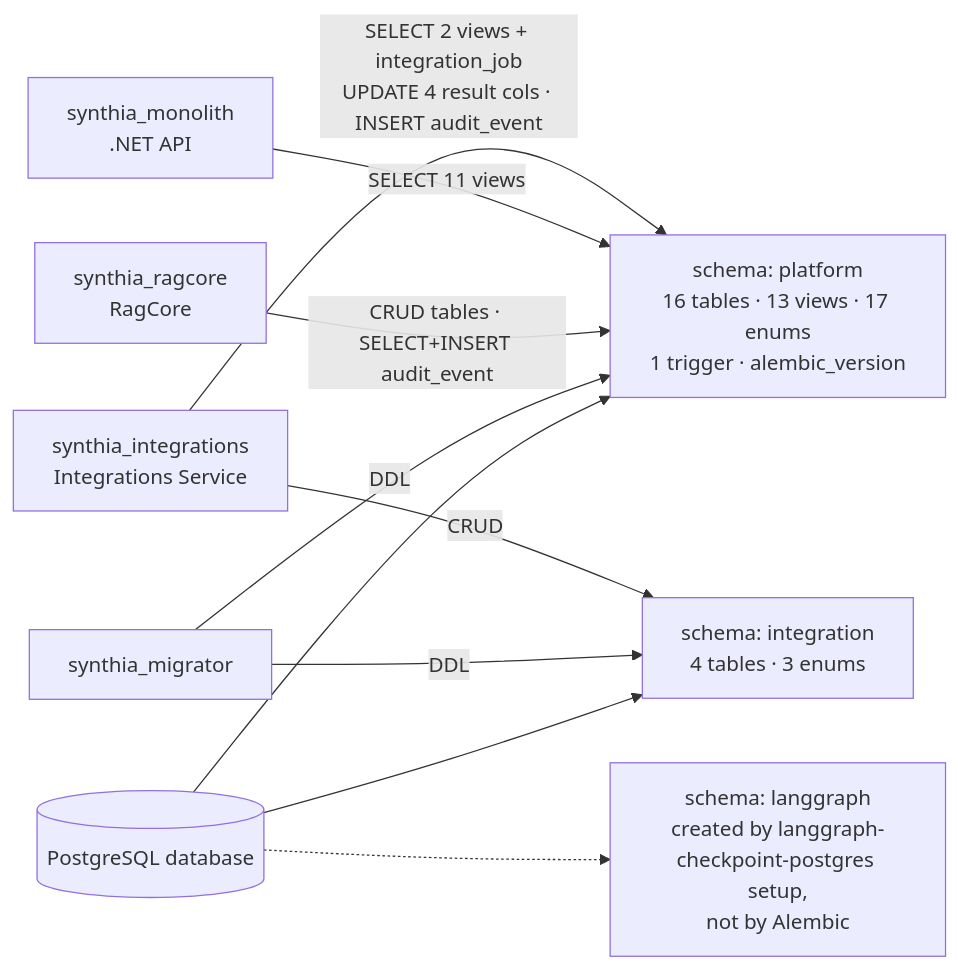
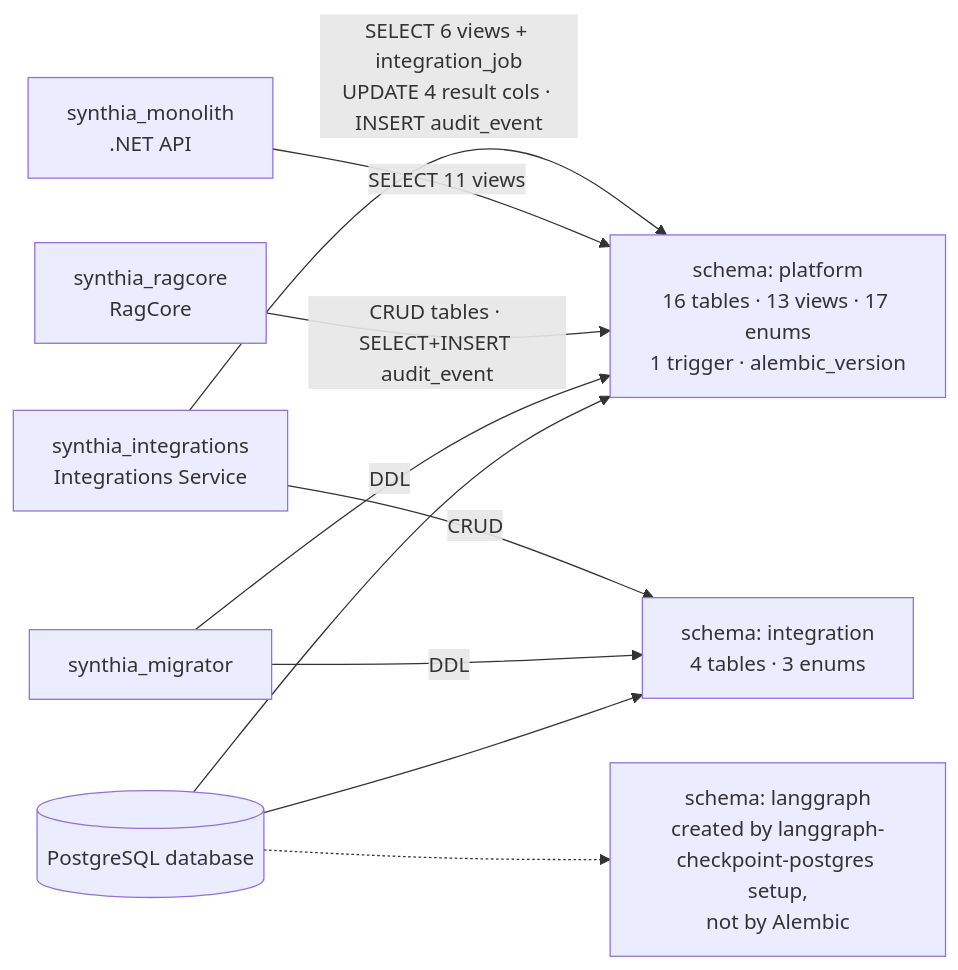
Before and after one commit to kotharinilay/itsm-poc: the first of 4 diagrams in docs/current-implementation/database.md, drawn with Mermaid. The commit also changed other lines of this file and 3 other files, not shown here.

````diff
--- a/docs/current-implementation/database.md
+++ b/docs/current-implementation/database.md
@@ -7,12 +7,12 @@
 ```mermaid
 flowchart LR
   DB[(PostgreSQL database)]
   DB --> P[schema: platform<br/>16 tables · 13 views · 17 enums<br/>1 trigger · alembic_version]
   DB --> I[schema: integration<br/>4 tables · 3 enums]
   DB -.-> L[schema: langgraph<br/>created by langgraph-checkpoint-postgres setup,<br/>not by Alembic]
   M[synthia_migrator] -->|DDL| P & I
   R[synthia_ragcore<br/>RagCore] -->|CRUD tables · SELECT+INSERT audit_event| P
   N[synthia_monolith<br/>.NET API] -->|SELECT 11 views| P
   X[synthia_integrations<br/>Integrations Service] -->|CRUD| I
-  X -->|SELECT 2 views + integration_job<br/>UPDATE 4 result cols · INSERT audit_event| P
+  X -->|SELECT 6 views + integration_job<br/>UPDATE 4 result cols · INSERT audit_event| P
 ```
````
